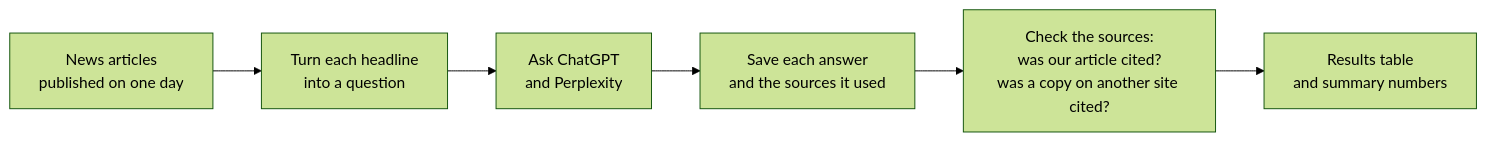
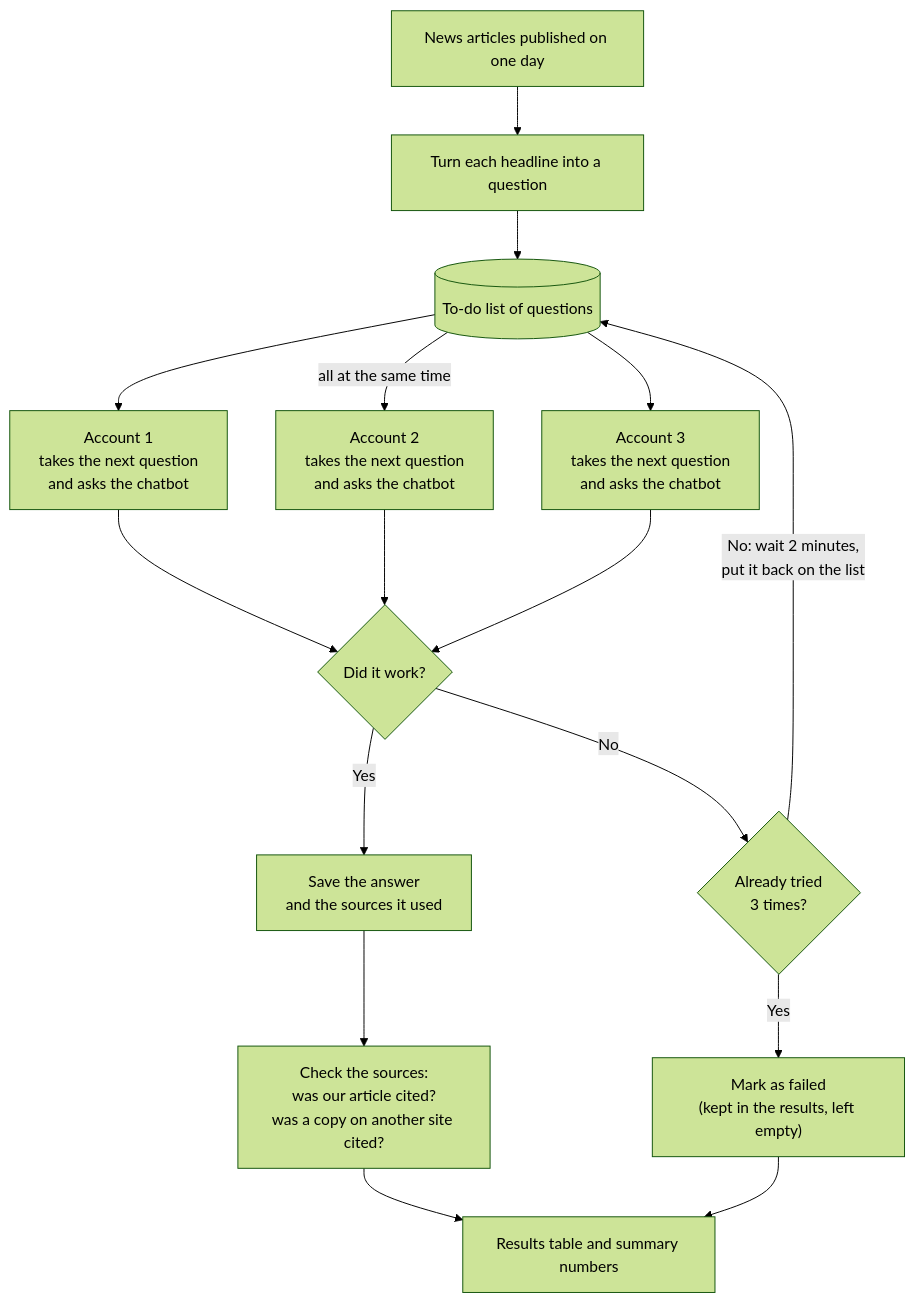
One commit to s21dyY/ai-search changed the diagram in README.md. Above: the diagram before and after it, drawn with Mermaid (forest theme). The commit also changed other lines of this file, not shown here.

Commit message:
README: vertical diagram showing parallel accounts and the retry loop
Accounts are drawn side by side taking questions from one to-do list; a
failed question waits 2 minutes and goes back on the list, and after 3
tries it is kept as an empty row. Two short plain-language paragraphs
explain the parallel run and the retries.

````diff
--- a/README.md
+++ b/README.md
@@ -7,8 +7,18 @@
 ```mermaid
-flowchart LR
-    A["News articles<br/>published on one day"] --> B["Turn each headline<br/>into a question"]
-    B --> C["Ask ChatGPT<br/>and Perplexity"]
-    C --> D["Save each answer<br/>and the sources it used"]
+flowchart TD
+    A["News articles published on one day"] --> B["Turn each headline into a question"]
+    B --> L[("To-do list of questions")]
+
+    L --> W1["Account 1<br/>takes the next question<br/>and asks the chatbot"]
+    L -- "all at the same time" --> W2["Account 2<br/>takes the next question<br/>and asks the chatbot"]
+    L --> W3["Account 3<br/>takes the next question<br/>and asks the chatbot"]
+
+    W1 & W2 & W3 --> OK{"Did it work?"}
+    OK -- "Yes" --> D["Save the answer<br/>and the sources it used"]
+    OK -- "No" --> R{"Already tried<br/>3 times?"}
+    R -- "No: wait 2 minutes,<br/>put it back on the list" --> L
+    R -- "Yes" --> X["Mark as failed<br/>(kept in the results, left empty)"]
     D --> E["Check the sources:<br/>was our article cited?<br/>was a copy on another site cited?"]
-    E --> F["Results table<br/>and summary numbers"]
+    E --> F["Results table and summary numbers"]
+    X --> F
 ```
````
